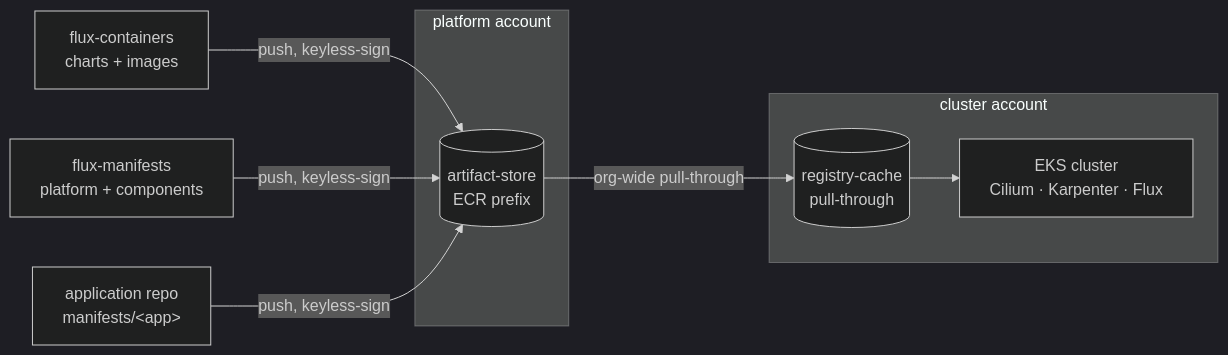
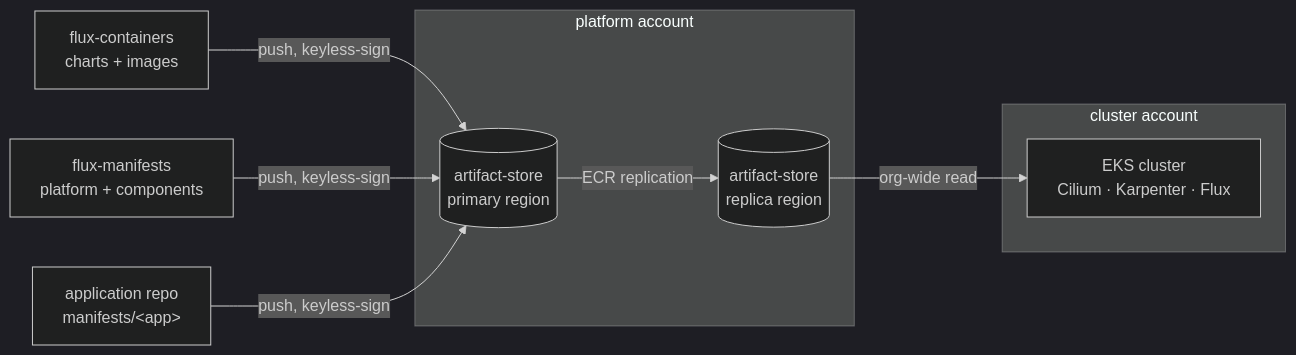
One commit to bitwise-media-group/terraform-aws-eks-flux changed the diagram in docs/getting-started/index.md. Above: the diagram before and after it, drawn with Mermaid (dark theme). The commit also changed other lines of this file and 48 other files, not shown here.

First line of the commit message:
feat(artifact-store): replicate the store to replica_regions and drop the pull-through cache

````diff
--- a/docs/getting-started/index.md
+++ b/docs/getting-started/index.md
@@ -32,15 +32,15 @@
 ```mermaid
 flowchart LR
     fc["flux-containers<br/>charts + images"] -->|push, keyless-sign| store
     fm["flux-manifests<br/>platform + components"] -->|push, keyless-sign| store
     app["application repo<br/>manifests/&lt;app&gt;"] -->|push, keyless-sign| store
     subgraph platform["platform account"]
-        store[("artifact-store<br/>ECR prefix")]
+        store[("artifact-store<br/>primary region")]
+        replica[("artifact-store<br/>replica region")]
     end
     subgraph cluster_acct["cluster account"]
-        cache[("registry-cache<br/>pull-through")]
         eks["EKS cluster<br/>Cilium · Karpenter · Flux"]
     end
-    store -->|org-wide pull-through| cache
-    cache --> eks
+    store -->|ECR replication| replica
+    replica -->|org-wide read| eks
 ```
````
